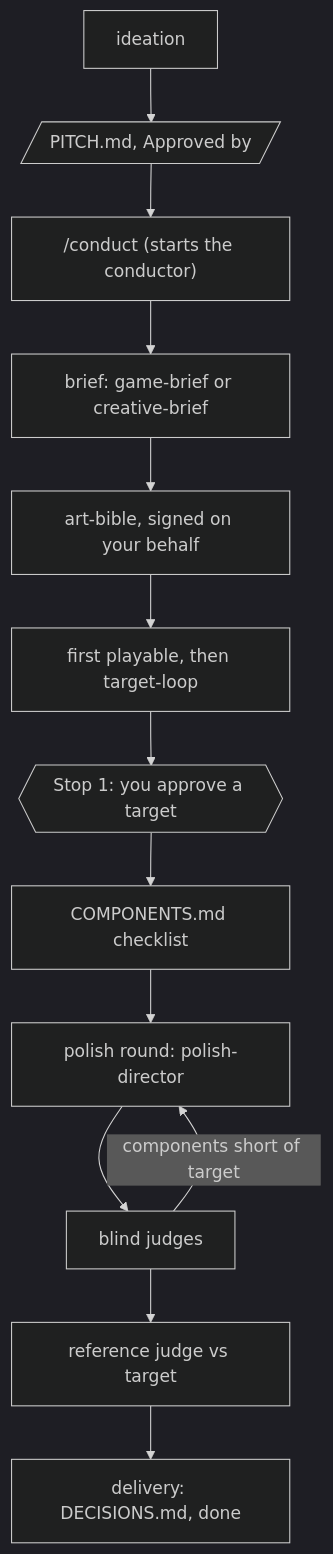
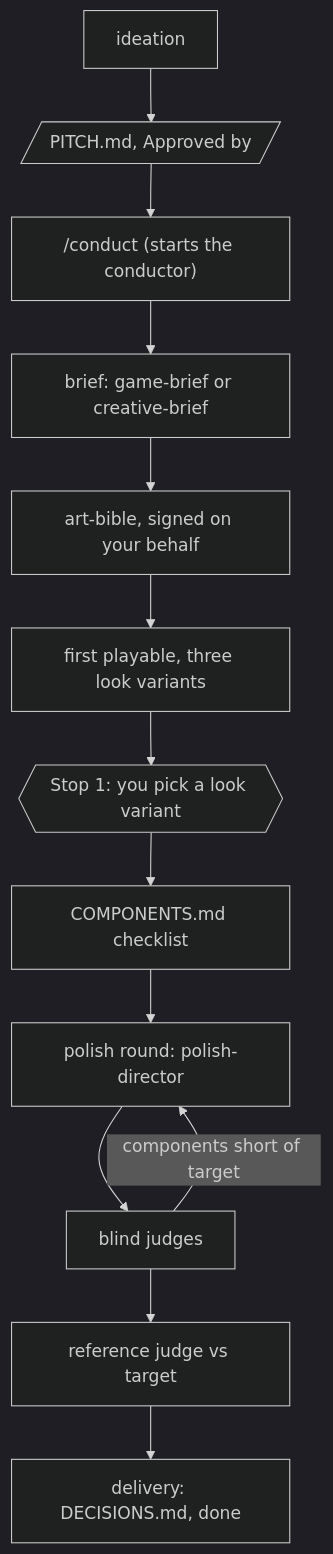
One commit to willianjusten/agent-skills changed the diagram in docs/how-it-works.md. Above: the diagram before and after it, drawn with Mermaid (dark theme). The commit also changed other lines of this file and 1 other file, not shown here.

Commit message:
docs: look variant first stop in the flow, glossary and conduct readme

````diff
--- a/docs/how-it-works.md
+++ b/docs/how-it-works.md
@@ -5,15 +5,15 @@
 ```mermaid
 flowchart TD
   I[ideation] --> P[/PITCH.md, Approved by/]
   P --> C["/conduct (starts the conductor)"]
   C --> B[brief: game-brief or creative-brief]
   B --> A[art-bible, signed on your behalf]
-  A --> T[first playable, then target-loop]
-  T --> S1{{Stop 1: you approve a target}}
+  A --> T[first playable, three look variants]
+  T --> S1{{Stop 1: you pick a look variant}}
   S1 --> K[COMPONENTS.md checklist]
   K --> R[polish round: polish-director]
   R --> J[blind judges]
   J -->|components short of target| R
   J --> RJ[reference judge vs target]
   RJ --> D[delivery: DECISIONS.md, done]
 ```
````
